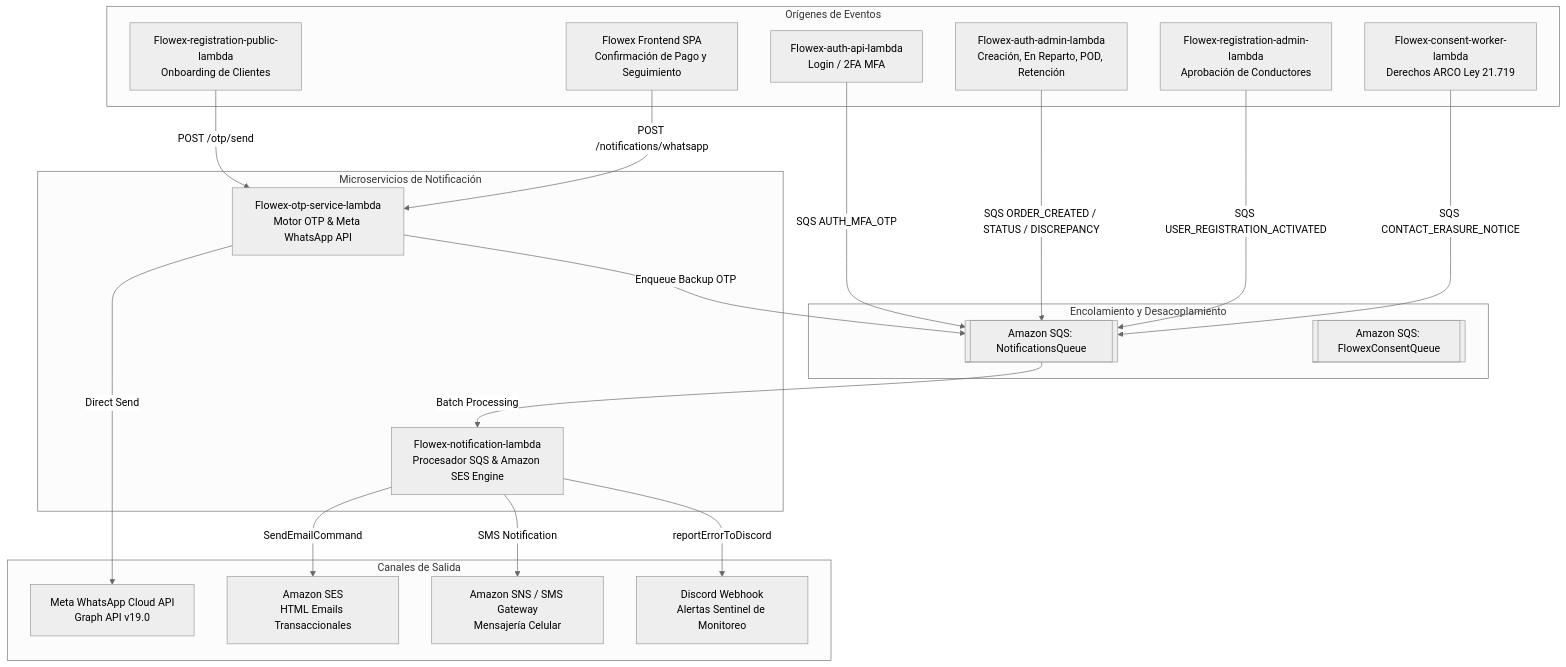
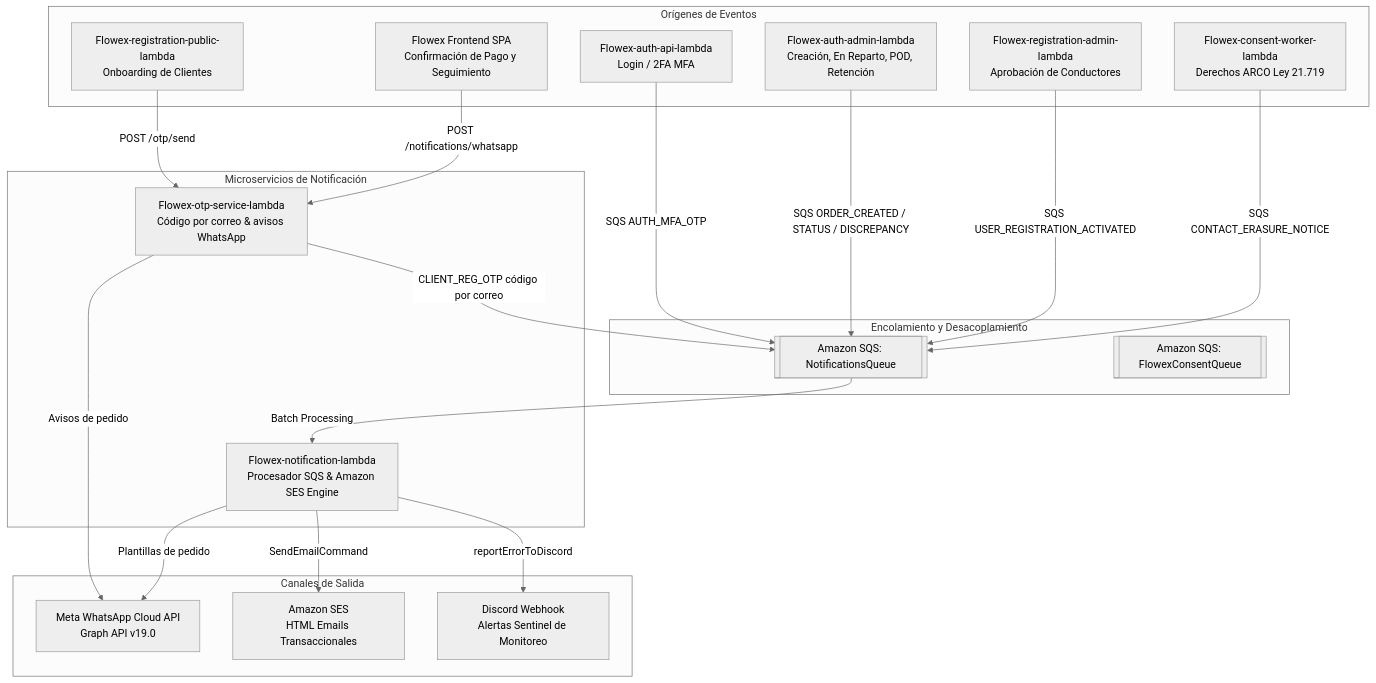
One commit to start-level-cl/Flowex-api-docs changed the diagram in docs-src/notifications-ses.md. Above: the diagram before and after it, drawn with Mermaid (neutral theme). The commit also changed other lines of this file and 76 other files, not shown here.

````diff
--- a/docs-src/notifications-ses.md
+++ b/docs-src/notifications-ses.md
@@ -15,43 +17,42 @@
 ```mermaid
 graph TB
     subgraph Orígenes de Eventos
         Auth[Flowex-auth-api-lambda<br>Login / 2FA MFA]
         Orders[Flowex-auth-admin-lambda<br>Creación, En Reparto, POD, Retención]
         RegPublic[Flowex-registration-public-lambda<br>Onboarding de Clientes]
         RegAdmin[Flowex-registration-admin-lambda<br>Aprobación de Conductores]
         Frontend[Flowex Frontend SPA<br>Confirmación de Pago y Seguimiento]
         Consent[Flowex-consent-worker-lambda<br>Derechos ARCO Ley 21.719]
     end
 
     subgraph Encolamiento y Desacoplamiento
         SQSNotif[[Amazon SQS: NotificationsQueue]]
         SQSConsent[[Amazon SQS: FlowexConsentQueue]]
     end
 
     subgraph Microservicios de Notificación
-        OTPService[Flowex-otp-service-lambda<br>Motor OTP & Meta WhatsApp API]
+        OTPService[Flowex-otp-service-lambda<br>Código por correo & avisos WhatsApp]
         NotifWorker[Flowex-notification-lambda<br>Procesador SQS & Amazon SES Engine]
     end
 
     subgraph Canales de Salida
         MetaCloud[Meta WhatsApp Cloud API<br>Graph API v19.0]
         AmazonSES[Amazon SES<br>HTML Emails Transaccionales]
-        AmazonSNS[Amazon SNS / SMS Gateway<br>Mensajería Celular]
         DiscordWebhook[Discord Webhook<br>Alertas Sentinel de Monitoreo]
     end
 
     Auth -->|SQS AUTH_MFA_OTP| SQSNotif
     Orders -->|SQS ORDER_CREATED / STATUS / DISCREPANCY| SQSNotif
     RegPublic -->|POST /otp/send| OTPService
     RegAdmin -->|SQS USER_REGISTRATION_ACTIVATED| SQSNotif
     Frontend -->|POST /notifications/whatsapp| OTPService
     Consent -->|SQS CONTACT_ERASURE_NOTICE| SQSNotif
 
-    OTPService -->|Direct Send| MetaCloud
-    OTPService -->|Enqueue Backup OTP| SQSNotif
+    OTPService -->|Avisos de pedido| MetaCloud
+    OTPService -->|CLIENT_REG_OTP código por correo| SQSNotif
 
     SQSNotif -->|Batch Processing| NotifWorker
     NotifWorker -->|SendEmailCommand| AmazonSES
-    NotifWorker -->|SMS Notification| AmazonSNS
+    NotifWorker -->|Plantillas de pedido| MetaCloud
     NotifWorker -->|reportErrorToDiscord| DiscordWebhook
 ```
````
